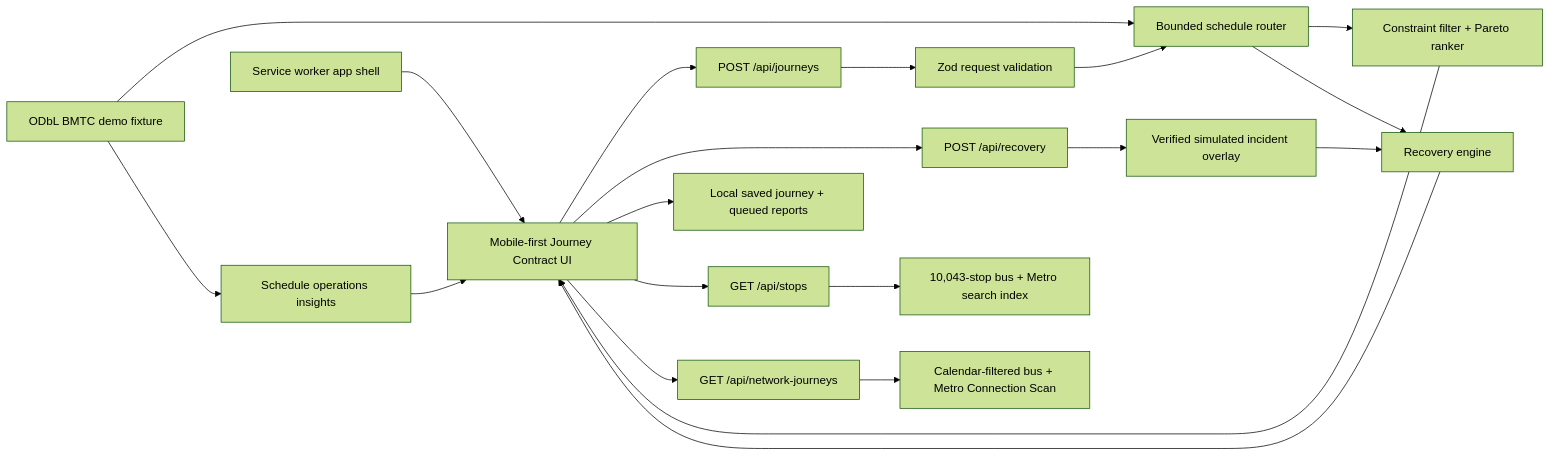
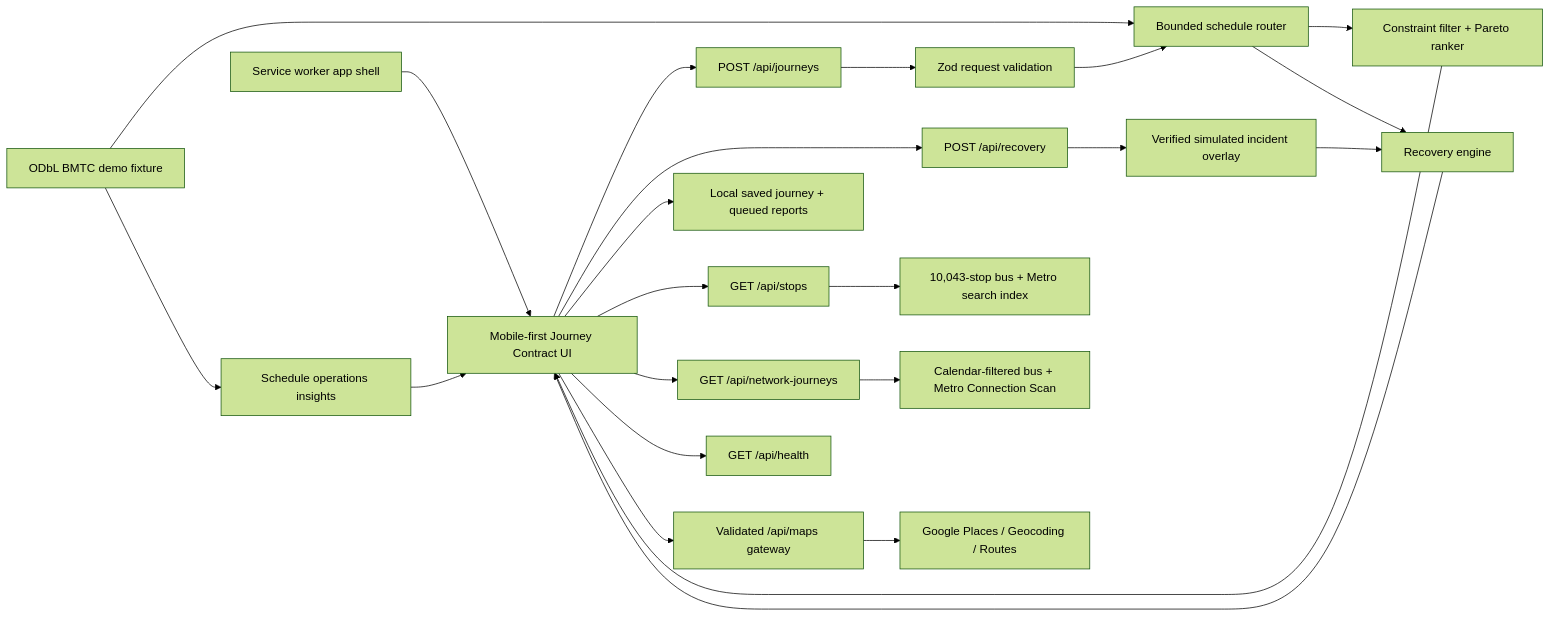
The diagram in docs/ARCHITECTURE.md (DSGAMING98/NammaLink), drawn with Mermaid (forest theme) before and after one commit. The commit also changed other lines of this file and 31 other files, not shown here.

````diff
--- a/docs/ARCHITECTURE.md
+++ b/docs/ARCHITECTURE.md
@@ -9,22 +9,25 @@
 ```mermaid
 flowchart LR
     UI["Mobile-first Journey Contract UI"] --> JA["POST /api/journeys"]
     UI --> RA["POST /api/recovery"]
     JA --> V["Zod request validation"]
     V --> R["Bounded schedule router"]
     GTFS["ODbL BMTC demo fixture"] --> R
     R --> P["Constraint filter + Pareto ranker"]
     P --> UI
     RA --> I["Verified simulated incident overlay"]
     I --> RE["Recovery engine"]
     R --> RE
     RE --> UI
     GTFS --> O["Schedule operations insights"]
     O --> UI
     UI --> LS["Local saved journey + queued reports"]
     SW["Service worker app shell"] --> UI
     UI --> SA["GET /api/stops"]
     SA --> SI["10,043-stop bus + Metro search index"]
     UI --> NA["GET /api/network-journeys"]
     NA --> CSA["Calendar-filtered bus + Metro Connection Scan"]
+    UI --> H["GET /api/health"]
+    UI --> MG["Validated /api/maps gateway"]
+    MG --> GP["Google Places / Geocoding / Routes"]
 ```
````
